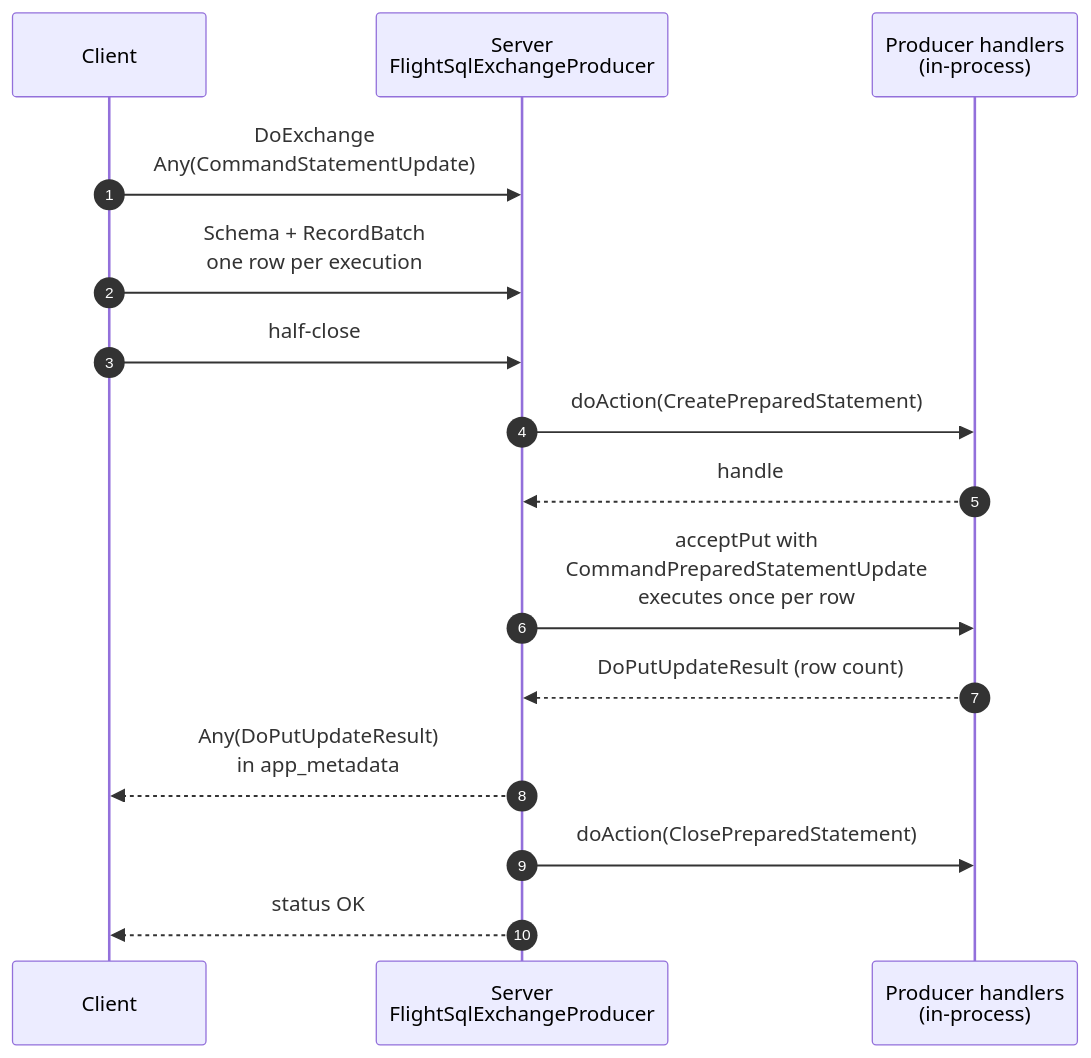
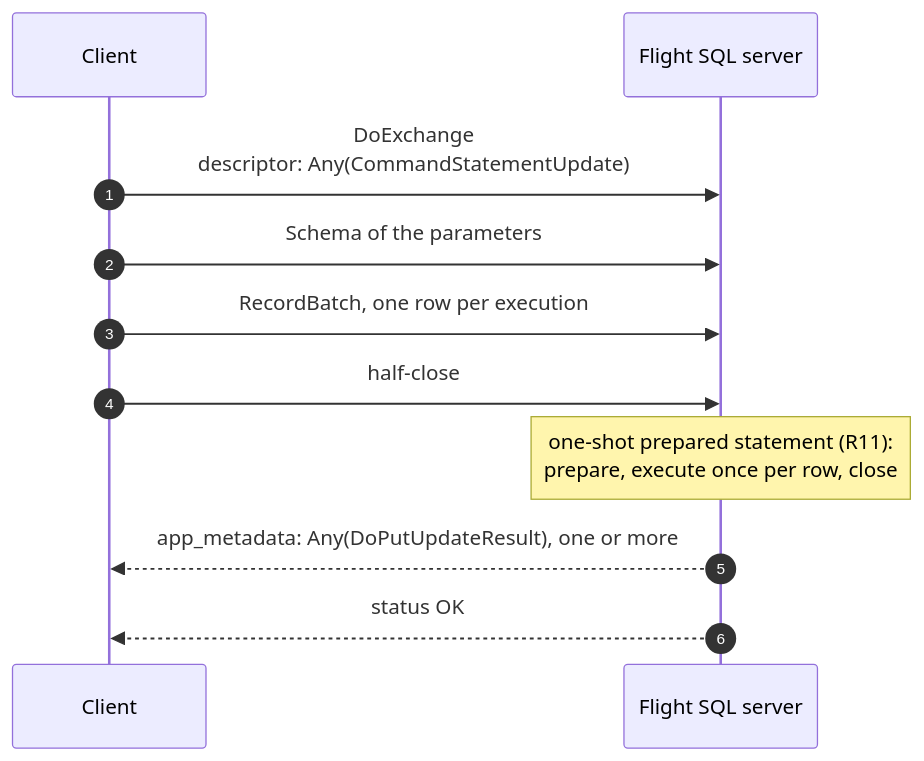
The fifth of 11 diagrams in flight/flight-sql/flight-sql-over-doexchange.md (xborder/arrow-java), drawn with Mermaid before and after one commit. The commit also changed other lines of this file, not shown here.

First line of the commit message:
[FlightSQL] Rework the DoExchange notes into a protocol proposal

````diff
--- a/flight/flight-sql/flight-sql-over-doexchange.md
+++ b/flight/flight-sql/flight-sql-over-doexchange.md
@@ -251,17 +342,13 @@
 ```mermaid
 sequenceDiagram
     autonumber
     participant C as Client
-    participant S as Server<br/>FlightSqlExchangeProducer
-    participant P as Producer handlers<br/>(in-process)
-    C->>S: DoExchange<br/>Any(CommandStatementUpdate)
-    C->>S: Schema + RecordBatch<br/>one row per execution
+    participant S as Flight SQL server
+    C->>S: DoExchange<br/>descriptor: Any(CommandStatementUpdate)
+    C->>S: Schema of the parameters
+    C->>S: RecordBatch, one row per execution
     C->>S: half-close
-    S->>P: doAction(CreatePreparedStatement)
-    P-->>S: handle
-    S->>P: acceptPut with<br/>CommandPreparedStatementUpdate<br/>executes once per row
-    P-->>S: DoPutUpdateResult (row count)
-    S-->>C: Any(DoPutUpdateResult)<br/>in app_metadata
-    S->>P: doAction(ClosePreparedStatement)
+    Note over S: one-shot prepared statement (R11):<br/>prepare, execute once per row, close
+    S-->>C: app_metadata: Any(DoPutUpdateResult), one or more
     S-->>C: status OK
 ```
````
